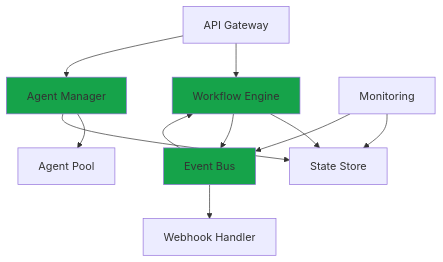
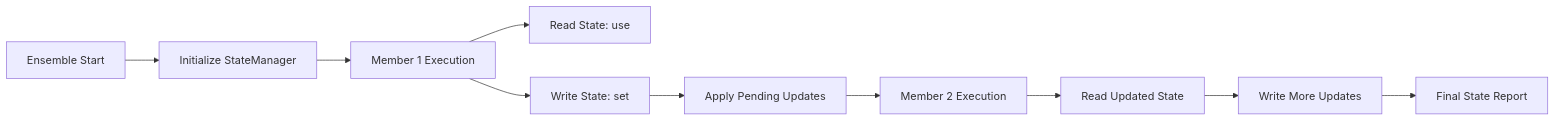
The second of 2 diagrams in conductor/architecture.mdx (ensemble-edge/docs), drawn with Mermaid before and after one commit. The commit also changed other lines of this file and 2 other files, not shown here.

First line of the commit message:
docs: add Conductor API tab and update core documentation

````diff
--- a/conductor/architecture.mdx
+++ b/conductor/architecture.mdx
@@ -14,21 +305,12 @@
 ```mermaid
-graph TB
-    A[API Gateway] --> B[Workflow Engine]
-    A --> C[Agent Manager]
-
-    B --> D[State Store]
-    B --> E[Event Bus]
-
-    C --> F[Agent Pool]
-    C --> D
-
-    E --> B
-    E --> G[Webhook Handler]
-
-    H[Monitoring] --> D
-    H --> E
-
-    style B fill:#16A34A
-    style C fill:#16A34A
-    style E fill:#16A34A
+graph LR
+    A[Ensemble Start] --> B[Initialize StateManager]
+    B --> C[Member 1 Execution]
+    C --> D[Read State: use]
+    C --> E[Write State: set]
+    E --> F[Apply Pending Updates]
+    F --> G[Member 2 Execution]
+    G --> H[Read Updated State]
+    H --> I[Write More Updates]
+    I --> J[Final State Report]
 ```
````
